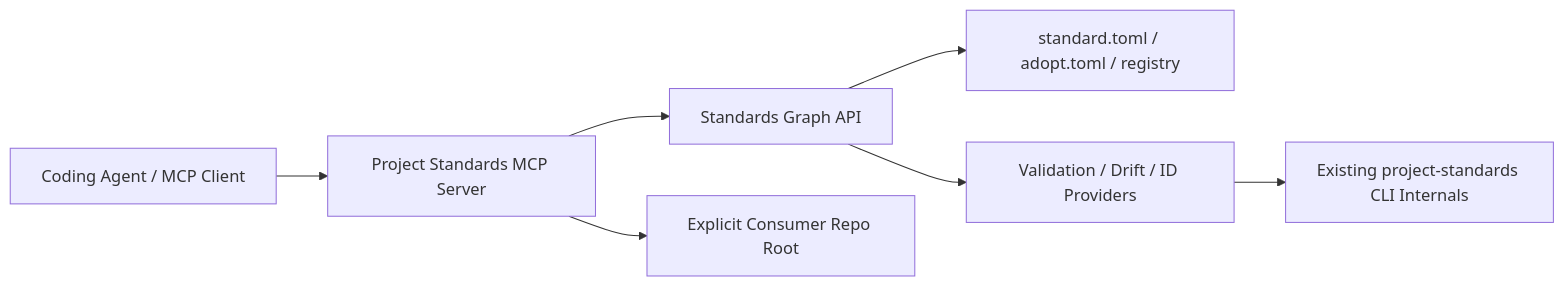
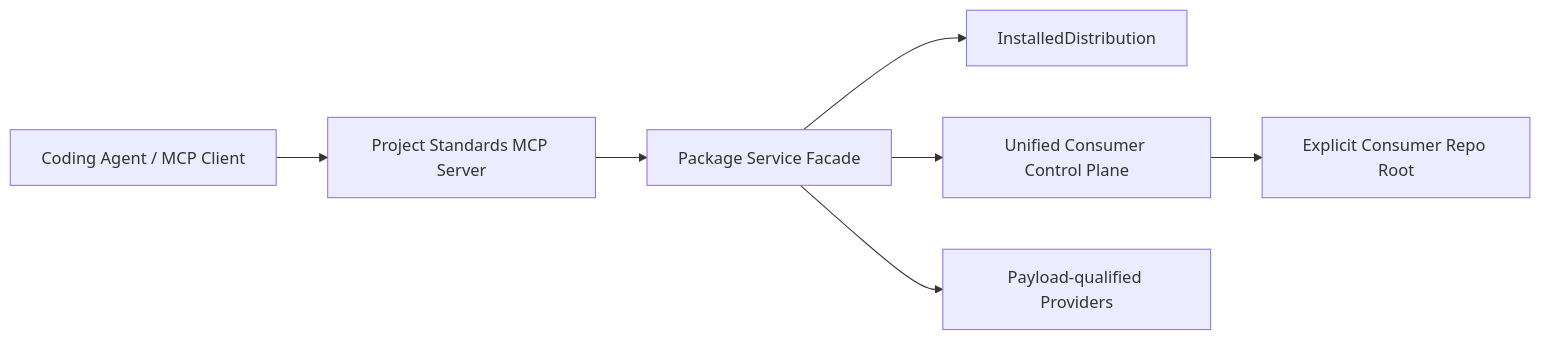
One commit to L3DigitalNet/project-standards changed the first of 4 diagrams in docs/specs/2026-07-07-project-standards-mcp-server-implementation-spec.md. Above: the diagram before and after it, drawn with Mermaid. The commit also changed other lines of this file and 6 other files, not shown here.

````diff
--- a/docs/specs/2026-07-07-project-standards-mcp-server-implementation-spec.md
+++ b/docs/specs/2026-07-07-project-standards-mcp-server-implementation-spec.md
@@ -360,9 +353,9 @@
 ```mermaid
 flowchart LR
     Agent[Coding Agent / MCP Client] --> Server[Project Standards MCP Server]
-    Server --> Graph[Standards Graph API]
-    Graph --> Manifests[standard.toml / adopt.toml / registry]
-    Graph --> Providers[Validation / Drift / ID Providers]
-    Providers --> CLI[Existing project-standards CLI Internals]
-    Server --> ConsumerRepo[Explicit Consumer Repo Root]
+    Server --> Facade[Package Service Facade]
+    Facade --> Distribution[InstalledDistribution]
+    Facade --> Control[Unified Consumer Control Plane]
+    Facade --> Providers[Payload-qualified Providers]
+    Control --> ConsumerRepo[Explicit Consumer Repo Root]
 ```
````
